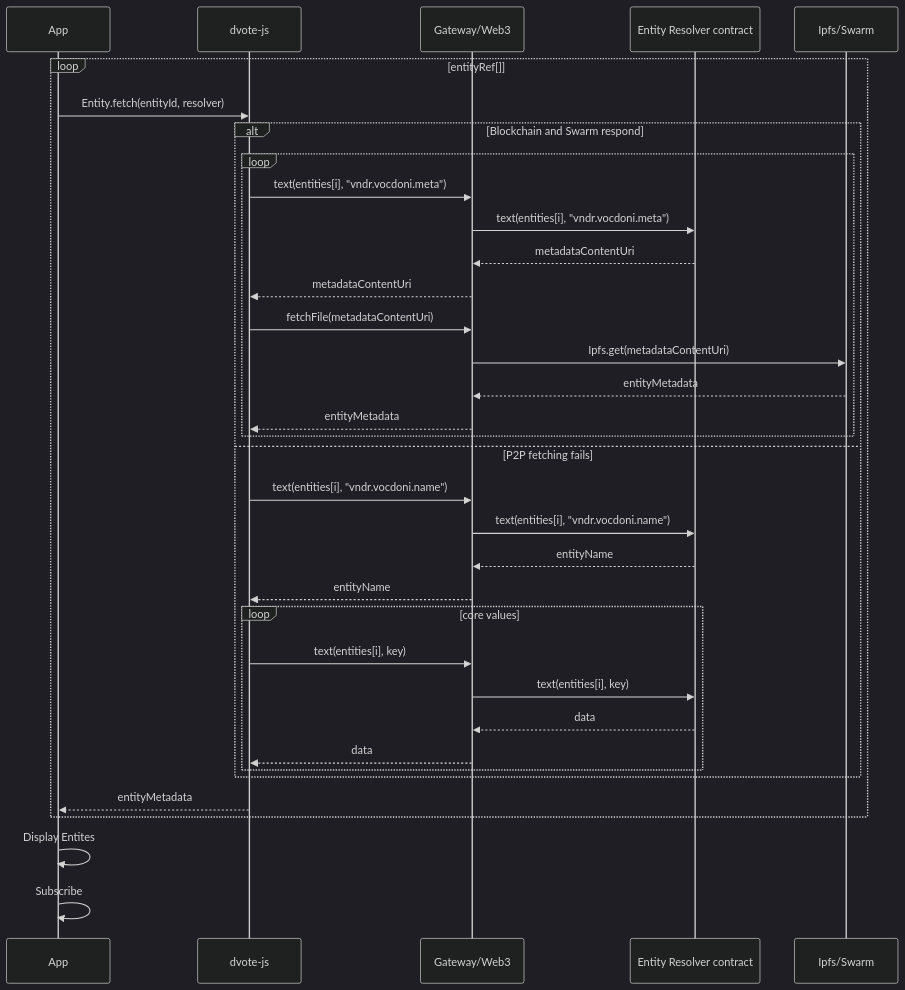
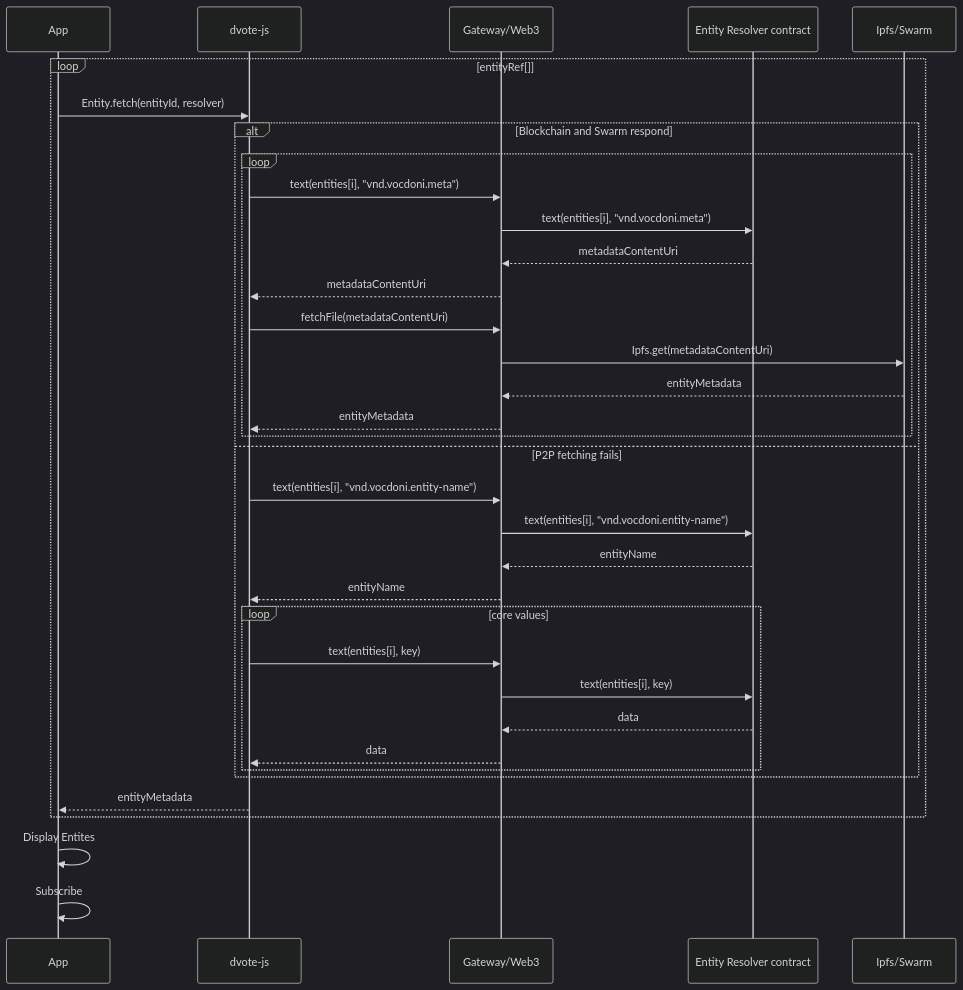
One commit to vocdoni/docs changed the third of 15 diagrams in docs/architecture/sequence-diagrams.md. Above: the diagram before and after it, drawn with Mermaid (dark theme). The commit also changed other lines of this file, not shown here.

Commit message:
Updating EntityResolver keys and list() method insteado of text()

````diff
--- a/docs/architecture/sequence-diagrams.md
+++ b/docs/architecture/sequence-diagrams.md
@@ -128,41 +128,41 @@
 ```mermaid
 
 sequenceDiagram
     participant App
     participant DV as dvote-js
     participant GW as Gateway/Web3
     participant ER as Entity Resolver contract
     participant IPFS as Ipfs/Swarm
 
     loop entityRef[]
         App->>DV: Entity.fetch(entityId, resolver)
         alt Blockchain and Swarm respond
             loop
-                DV->>GW: text(entities[i], "vndr.vocdoni.meta")
-                    GW->>ER: text(entities[i], "vndr.vocdoni.meta")
+                DV->>GW: text(entities[i], "vnd.vocdoni.meta")
+                    GW->>ER: text(entities[i], "vnd.vocdoni.meta")
                     ER-->>GW: metadataContentUri
                 GW-->>DV: metadataContentUri
                 DV->>GW: fetchFile(metadataContentUri)
                     GW->>IPFS: Ipfs.get(metadataContentUri)
                     IPFS-->>GW: entityMetadata
                 GW-->>DV: entityMetadata
             end
         else P2P fetching fails
-            DV->>GW: text(entities[i], "vndr.vocdoni.name")
-            GW->>ER: text(entities[i], "vndr.vocdoni.name")
+            DV->>GW: text(entities[i], "vnd.vocdoni.entity-name")
+            GW->>ER: text(entities[i], "vnd.vocdoni.entity-name")
             ER-->>GW: entityName
             GW-->>DV: entityName
 
             loop core values
                 DV->>GW: text(entities[i], key)
                 GW->>ER: text(entities[i], key)
                 ER-->>GW: data
                 GW-->>DV: data
             end
         end
         DV-->>App: entityMetadata
     end
 
     App->>App: Display Entites
     App->>App: Subscribe
 ```
````
